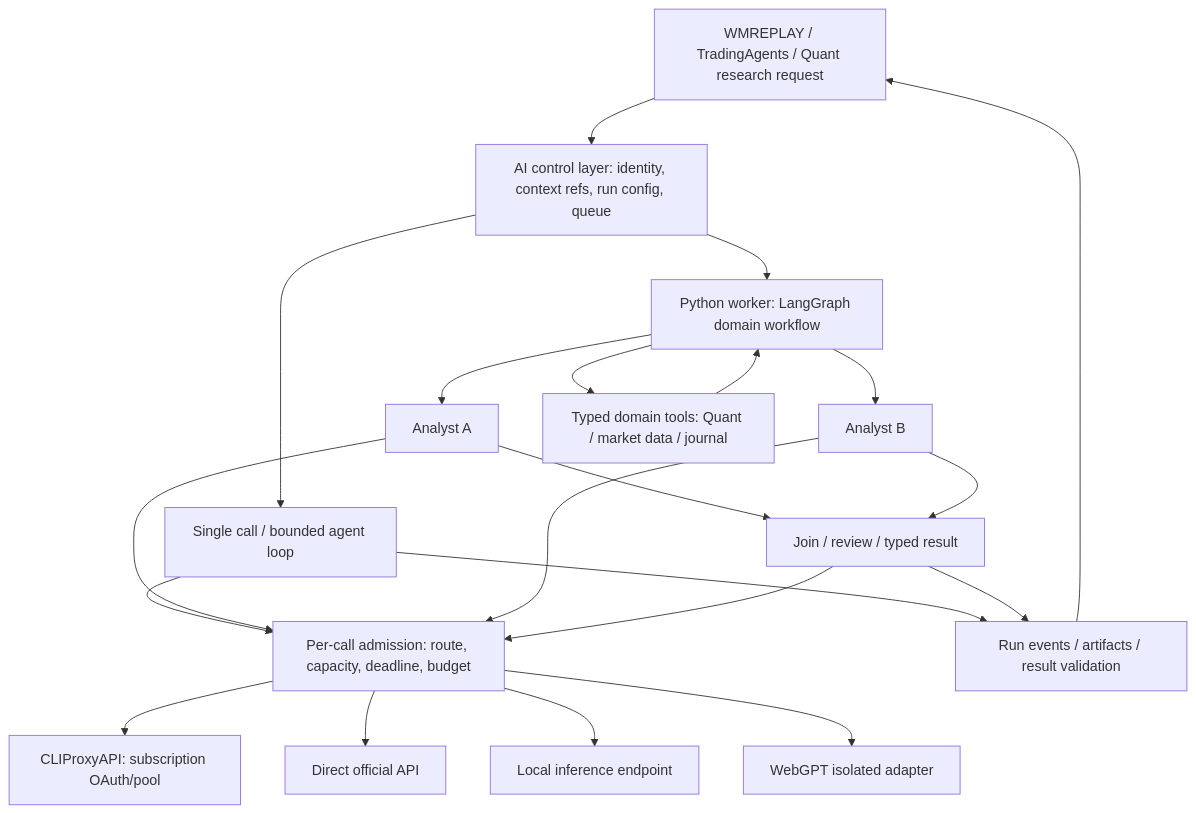
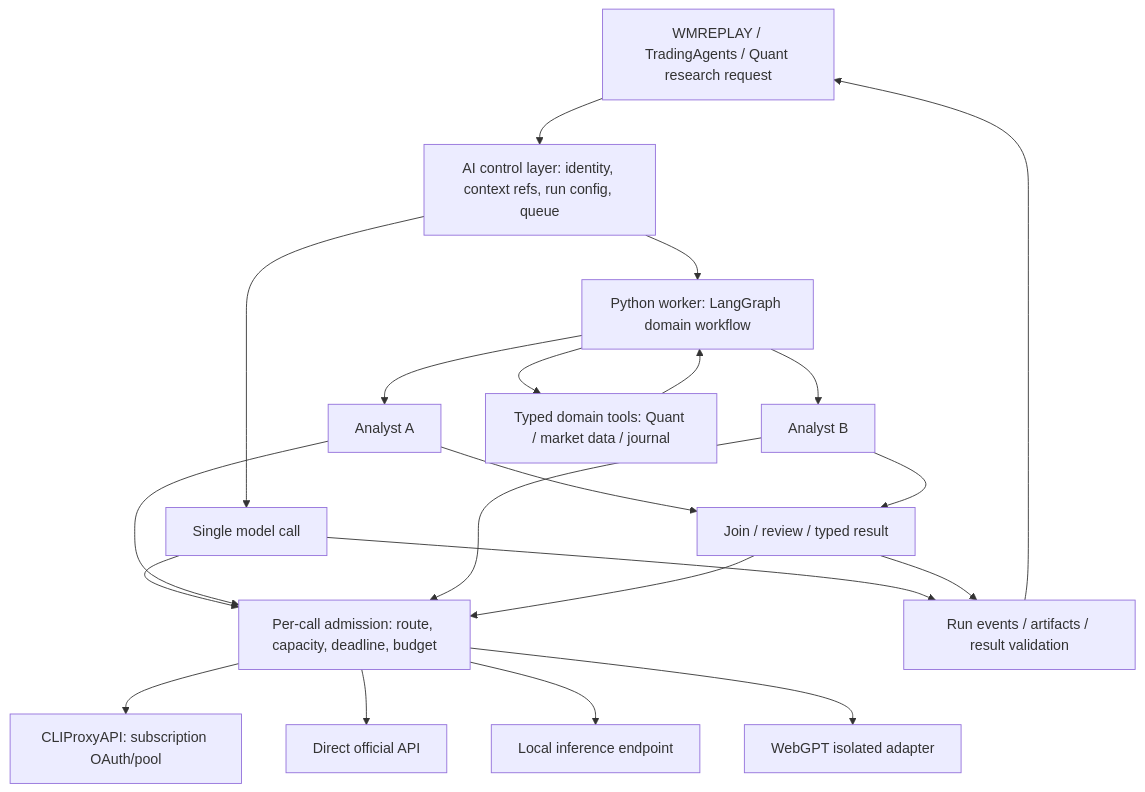
Before and after one commit to Miikey24s/mk-trading-workspace: the diagram in planning/research/AI-WORKSPACE-ARCHITECTURE-2026-10-23.md, drawn with Mermaid. The commit also changed other lines of this file and 10 other files, not shown here.

Commit message:
docs(ai): record architecture review and TradingAgents upstream sync

````diff
--- a/planning/research/AI-WORKSPACE-ARCHITECTURE-2026-10-23.md
+++ b/planning/research/AI-WORKSPACE-ARCHITECTURE-2026-10-23.md
@@ -46,23 +59,23 @@
 ```mermaid
 flowchart TD
   U[WMREPLAY / TradingAgents / Quant research request] --> C[AI control layer: identity, context refs, run config, queue]
-  C --> S[Single call / bounded agent loop]
+  C --> S[Single model call]
   C --> W[Python worker: LangGraph domain workflow]
   W --> A[Analyst A]
   W --> B[Analyst B]
   A --> J[Join / review / typed result]
   B --> J
   S --> P[Per-call admission: route, capacity, deadline, budget]
   A --> P
   B --> P
   J --> P
   P --> G[CLIProxyAPI: subscription OAuth/pool]
   P --> D[Direct official API]
   P --> L[Local inference endpoint]
   P --> E[WebGPT isolated adapter]
   S --> R[Run events / artifacts / result validation]
   J --> R
   R --> U
   W --> T[Typed domain tools: Quant / market data / journal]
   T --> W
 ```
````
